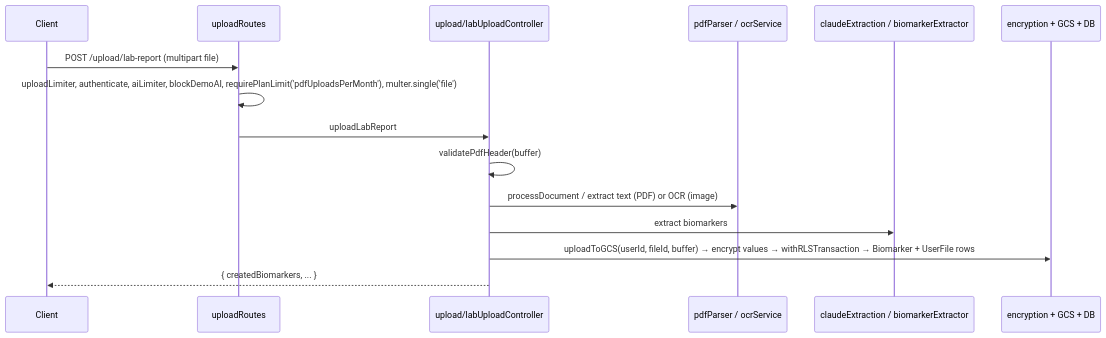
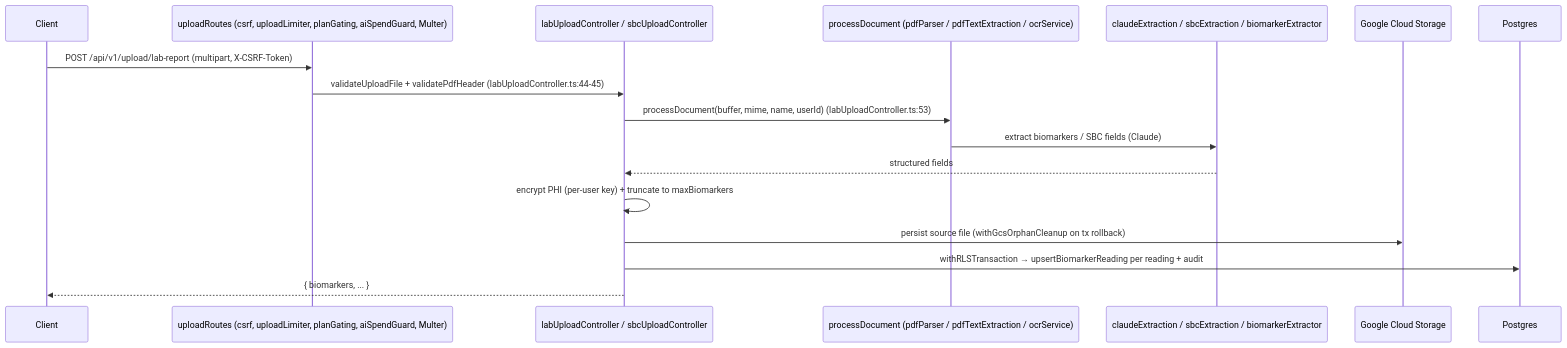
Before and after one commit to breilly1296/OwnMyHealth-Claude: the seventh of 10 diagrams in New Project Documents/ARCHITECTURE.md, drawn with Mermaid. The commit also changed other lines of this file and 146 other files, not shown here.

````diff
--- a/New Project Documents/ARCHITECTURE.md
+++ b/New Project Documents/ARCHITECTURE.md
@@ -544,17 +535,20 @@
 ```mermaid
 sequenceDiagram
   participant C as Client
-  participant R as uploadRoutes
-  participant Ctl as upload/labUploadController
-  participant P as pdfParser / ocrService
-  participant X as claudeExtraction / biomarkerExtractor
-  participant E as encryption + GCS + DB
-  C->>R: POST /upload/lab-report (multipart file)
-  R->>R: uploadLimiter, authenticate, aiLimiter, blockDemoAI, requirePlanLimit('pdfUploadsPerMonth'), multer.single('file')
-  R->>Ctl: uploadLabReport
-  Ctl->>Ctl: validatePdfHeader(buffer)
-  Ctl->>P: processDocument / extract text (PDF) or OCR (image)
-  Ctl->>X: extract biomarkers
-  Ctl->>E: uploadToGCS(userId, fileId, buffer) → encrypt values → withRLSTransaction → Biomarker + UserFile rows
-  Ctl-->>C: { createdBiomarkers, ... }
+  participant R as uploadRoutes (csrf, uploadLimiter, planGating, aiSpendGuard, Multer)
+  participant U as labUploadController / sbcUploadController
+  participant OCR as processDocument (pdfParser / pdfTextExtraction / ocrService)
+  participant AI as claudeExtraction / sbcExtraction / biomarkerExtractor
+  participant GCS as Google Cloud Storage
+  participant DB as Postgres
+
+  C->>R: POST /api/v1/upload/lab-report (multipart, X-CSRF-Token)
+  R->>U: validateUploadFile + validatePdfHeader (labUploadController.ts:44-45)
+  U->>OCR: processDocument(buffer, mime, name, userId) (labUploadController.ts:53)
+  OCR->>AI: extract biomarkers / SBC fields (Claude)
+  AI-->>U: structured fields
+  U->>U: encrypt PHI (per-user key) + truncate to maxBiomarkers
+  U->>GCS: persist source file (withGcsOrphanCleanup on tx rollback)
+  U->>DB: withRLSTransaction → upsertBiomarkerReading per reading + audit
+  U-->>C: { biomarkers, ... }
 ```
````
